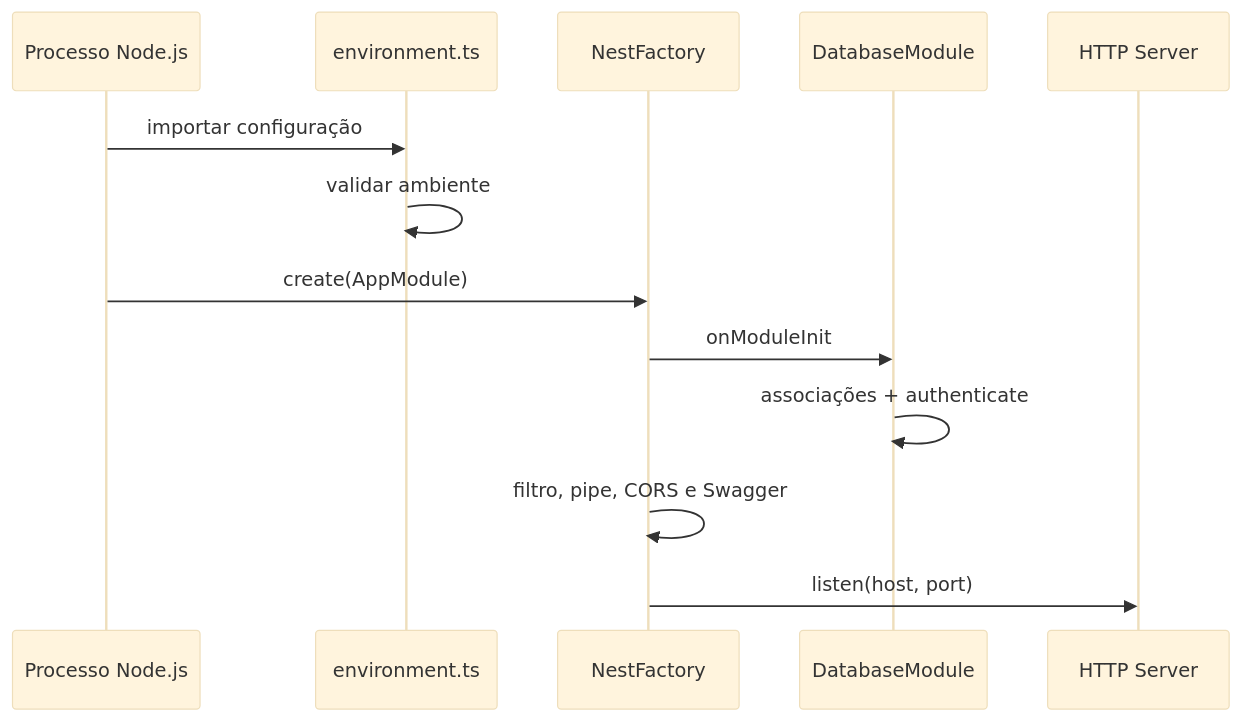
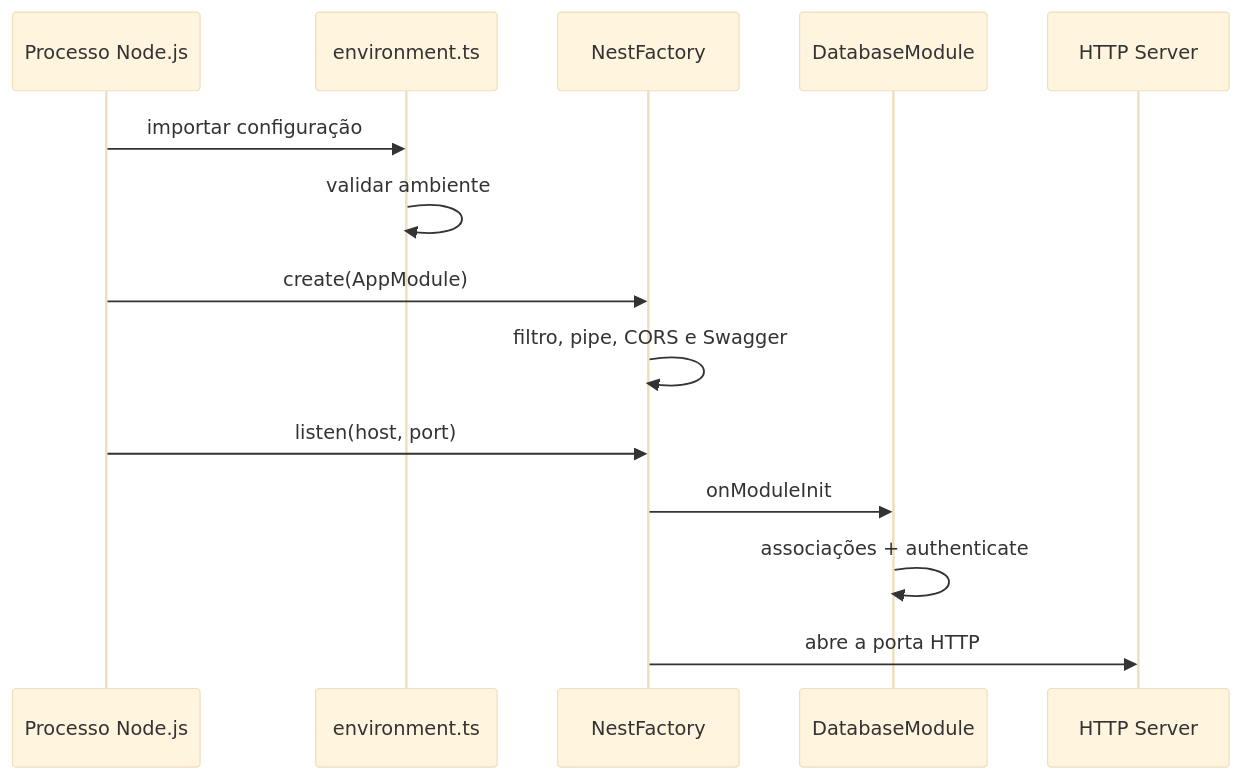
One commit to thaissacarvalho/Catalisa changed diagram 11 of 12 in docs/designs/architecture.md. Above: the diagram before and after it, drawn with Mermaid (base theme). The commit also changed other lines of this file and 18 other files, not shown here.

````diff
--- a/docs/designs/architecture.md
+++ b/docs/designs/architecture.md
@@ -469,15 +469,16 @@
 ```mermaid
 sequenceDiagram
     participant Process as Processo Node.js
     participant Env as environment.ts
     participant Nest as NestFactory
     participant DB as DatabaseModule
     participant HTTP as HTTP Server
     Process->>Env: importar configuração
     Env->>Env: validar ambiente
     Process->>Nest: create(AppModule)
+    Nest->>Nest: filtro, pipe, CORS e Swagger
+    Process->>Nest: listen(host, port)
     Nest->>DB: onModuleInit
     DB->>DB: associações + authenticate
-    Nest->>Nest: filtro, pipe, CORS e Swagger
-    Nest->>HTTP: listen(host, port)
+    Nest->>HTTP: abre a porta HTTP
 ```
````
